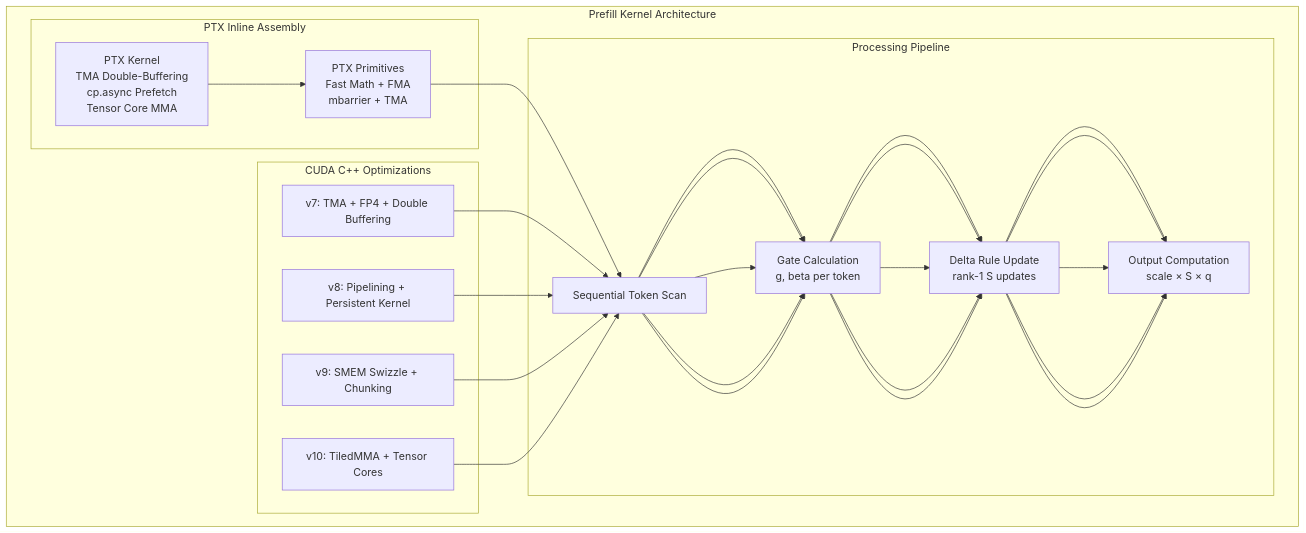
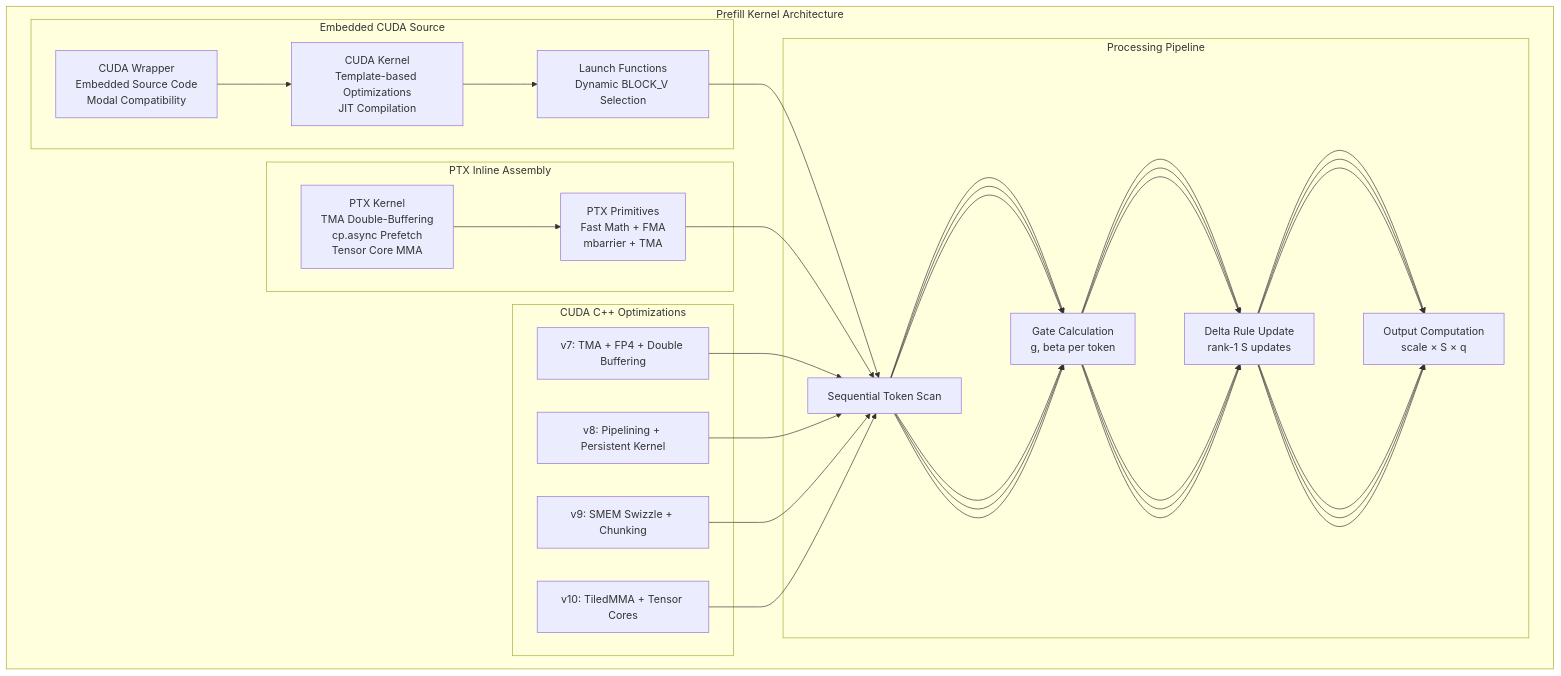
Before and after one commit to gugudeshubao/flashinfer-bench-tma-thrust: the second of 2 diagrams in .qoder/repowiki/en/content/Core Kernels/GDN Prefill Kernel.md, drawn with Mermaid. The commit also changed other lines of this file and 46 other files, not shown here.

````diff
--- a/.qoder/repowiki/en/content/Core Kernels/GDN Prefill Kernel.md
+++ b/.qoder/repowiki/en/content/Core Kernels/GDN Prefill Kernel.md
@@ -123,26 +138,32 @@
 ```mermaid
 graph TB
 subgraph "Prefill Kernel Architecture"
+subgraph "Embedded CUDA Source"
+CUDA_WRAPPER["CUDA Wrapper<br/>Embedded Source Code<br/>Modal Compatibility"]
+CUDA_KERNEL["CUDA Kernel<br/>Template-based Optimizations<br/>JIT Compilation"]
+CUDA_LAUNCH["Launch Functions<br/>Dynamic BLOCK_V Selection"]
+end
 subgraph "PTX Inline Assembly"
 PTXKernel["PTX Kernel<br/>TMA Double-Buffering<br/>cp.async Prefetch<br/>Tensor Core MMA"]
 PTXPrimitives["PTX Primitives<br/>Fast Math + FMA<br/>mbarrier + TMA"]
 end
 subgraph "CUDA C++ Optimizations"
 CUDA_V7["v7: TMA + FP4 + Double Buffering"]
 CUDA_V8["v8: Pipelining + Persistent Kernel"]
 CUDA_V9["v9: SMEM Swizzle + Chunking"]
 CUDA_V10["v10: TiledMMA + Tensor Cores"]
 end
 subgraph "Processing Pipeline"
 SeqScan["Sequential Token Scan"]
 GateCalc["Gate Calculation<br/>g, beta per token"]
 StateUpdate["Delta Rule Update<br/>rank-1 S updates"]
 OutputComp["Output Computation<br/>scale × S × q"]
 end
 end
+CUDA_WRAPPER --> CUDA_KERNEL --> CUDA_LAUNCH --> SeqScan --> GateCalc --> StateUpdate --> OutputComp
 PTXKernel --> PTXPrimitives --> SeqScan --> GateCalc --> StateUpdate --> OutputComp
 CUDA_V7 --> SeqScan --> GateCalc --> StateUpdate --> OutputComp
 CUDA_V8 --> SeqScan --> GateCalc --> StateUpdate --> OutputComp
 CUDA_V9 --> SeqScan --> GateCalc --> StateUpdate --> OutputComp
 CUDA_V10 --> SeqScan --> GateCalc --> StateUpdate --> OutputComp
 ```
````
